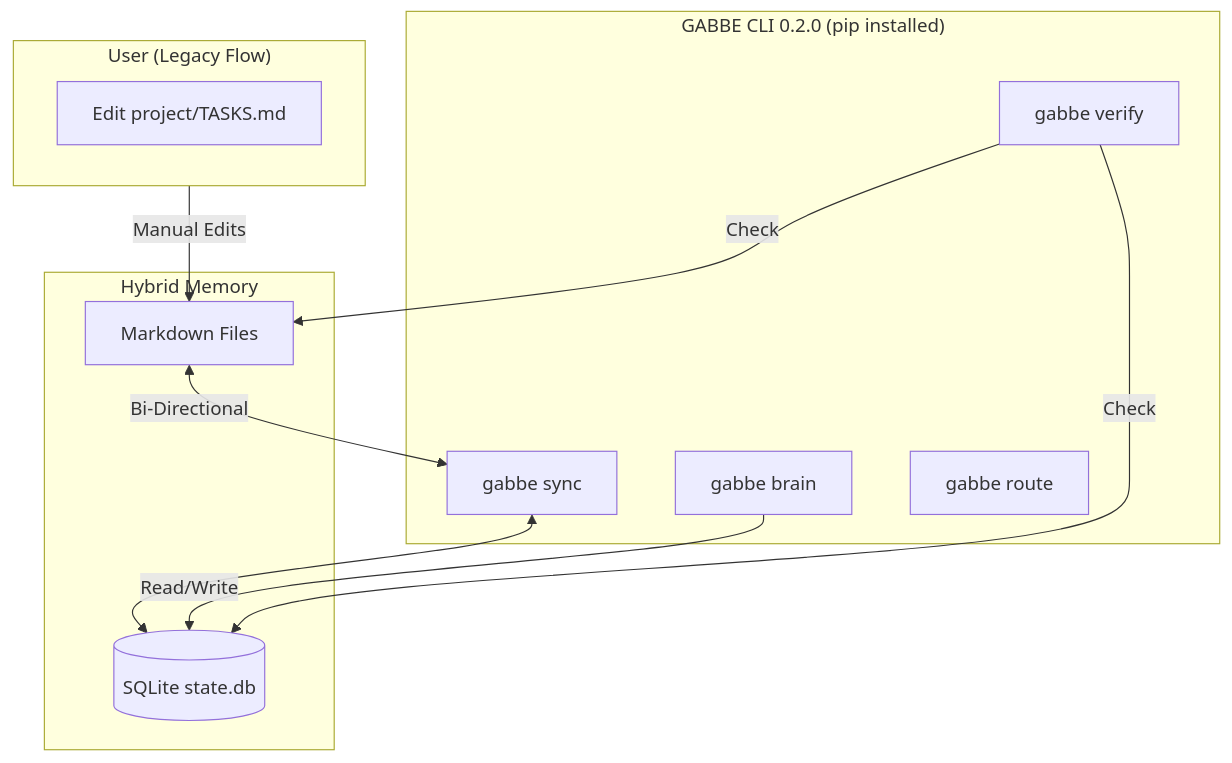
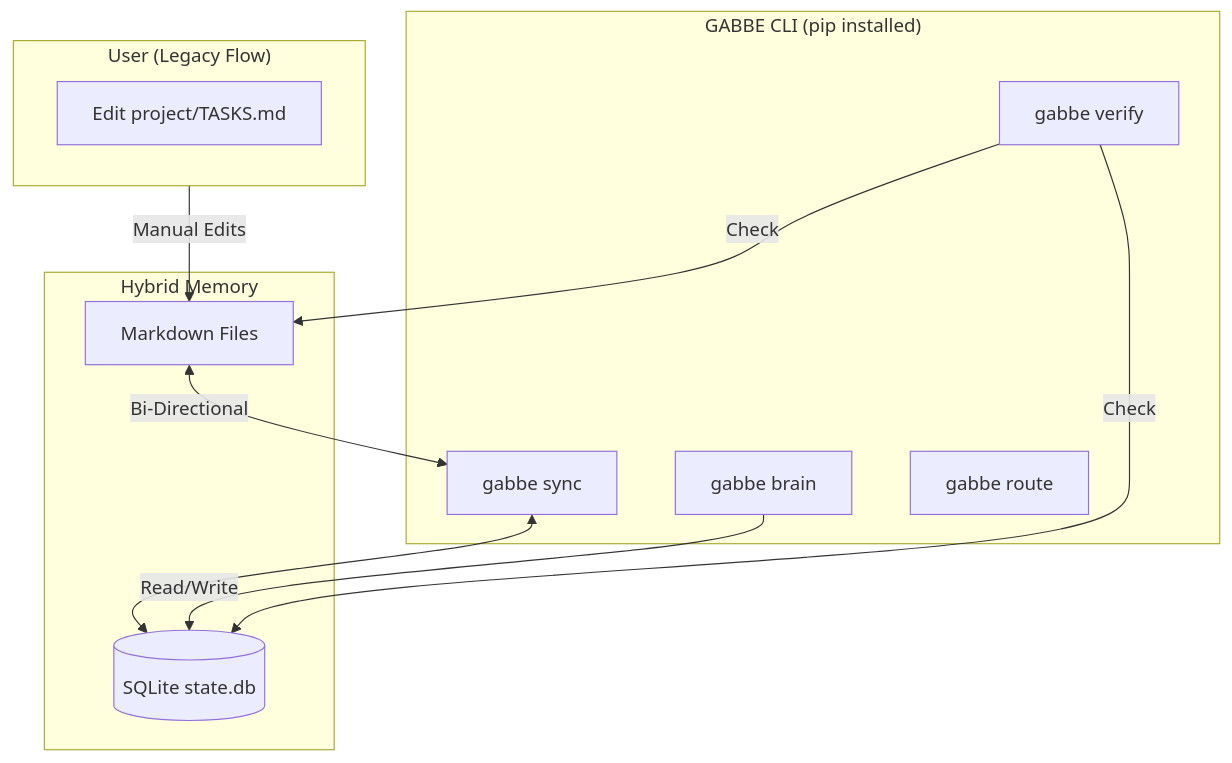
Before and after one commit to ltvmoon/GABBE: the first of 4 diagrams in README.md, drawn with Mermaid. The commit also changed other lines of this file and 27 other files, not shown here.

Commit message:
docs: remove outdated GABBE CLI 0.2.0 references

````diff
--- a/README.md
+++ b/README.md
@@ -201,25 +201,25 @@
 ```mermaid
 graph TD
     subgraph User["User (Legacy Flow)"]
         Edit[Edit project/TASKS.md]
     end
 
-    subgraph CLI["GABBE CLI 0.2.0 (pip installed)"]
+    subgraph CLI["GABBE CLI (pip installed)"]
         Sync[gabbe sync]
         Verify[gabbe verify]
         Brain[gabbe brain]
         Router[gabbe route]
     end
 
     subgraph Storage["Hybrid Memory"]
         MD[Markdown Files]
         DB[(SQLite state.db)]
     end
 
     User -->|Manual Edits| MD
     MD <-->|Bi-Directional| Sync
     Sync <--> DB
     Brain -->|Read/Write| DB
     Verify -->|Check| MD
     Verify -->|Check| DB
 ```
````
